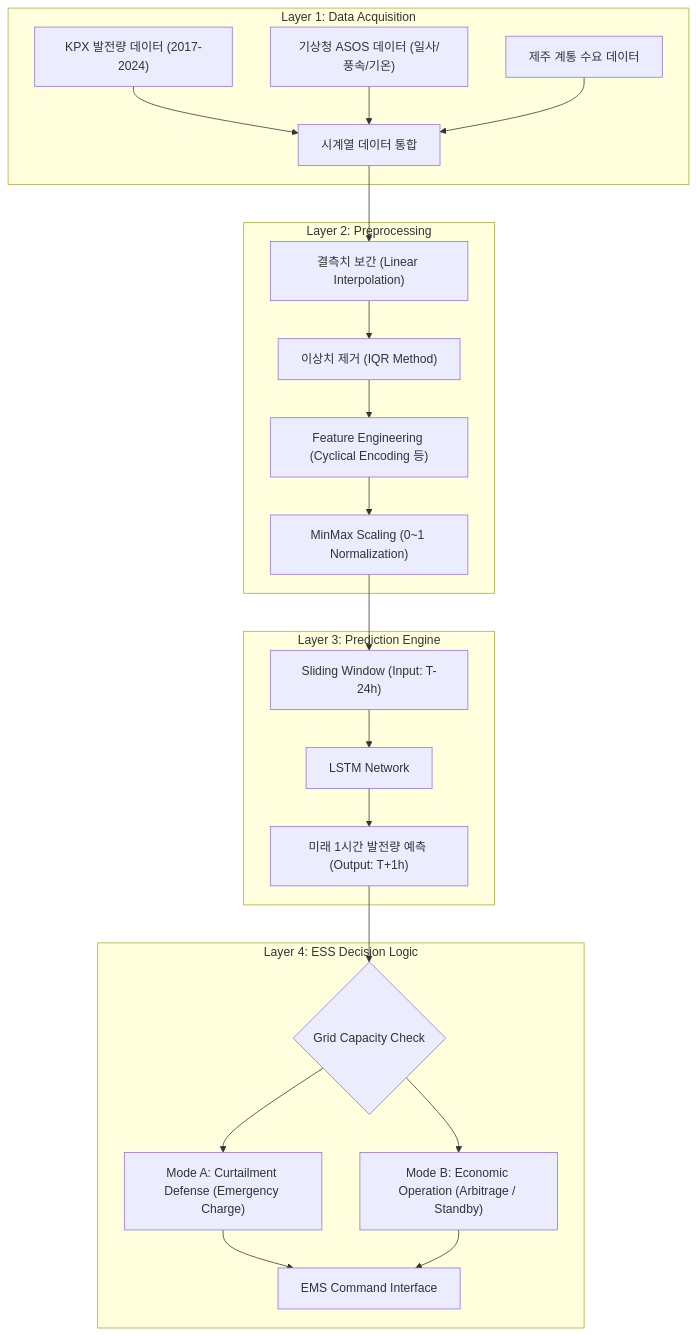
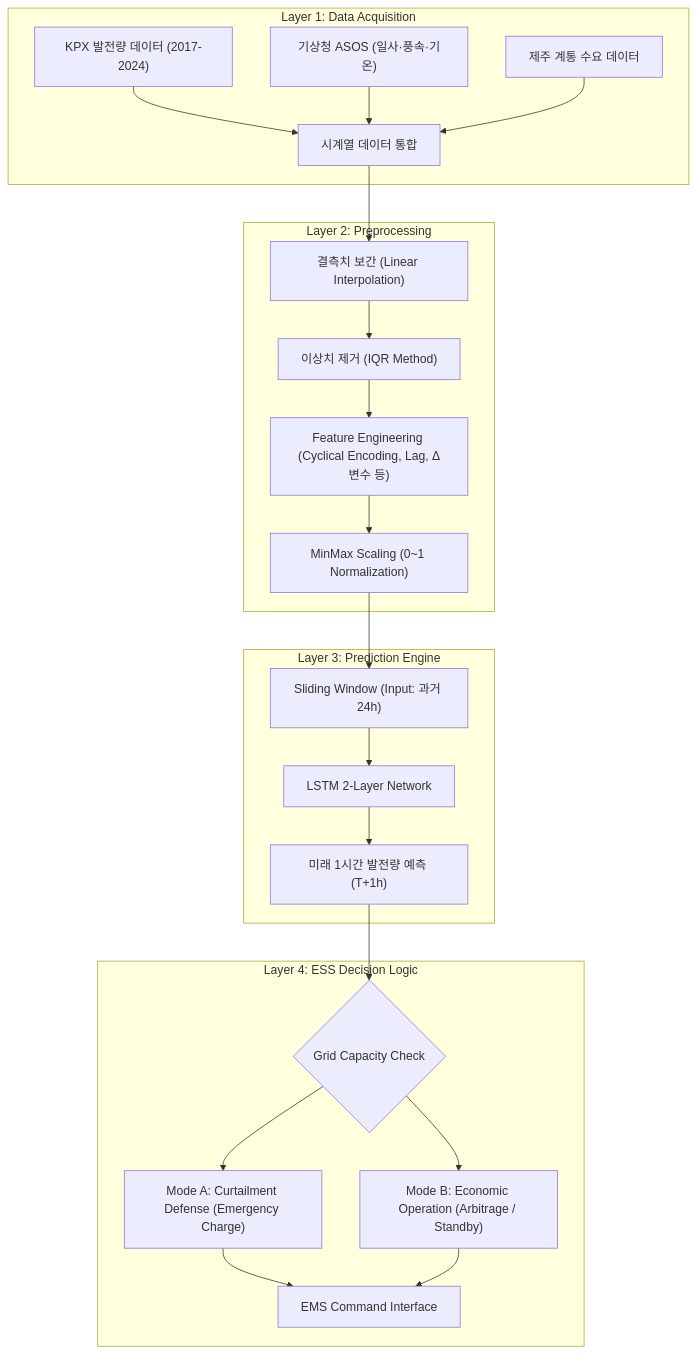
Before and after one commit to yousoo0920/ess-vpp-project: the first of 2 diagrams in README.md, drawn with Mermaid. The commit also changed other lines of this file, not shown here.

````diff
--- a/README.md
+++ b/README.md
@@ -31,29 +38,29 @@
 ```mermaid
 graph TD
     subgraph Raw_Data_Layer ["Layer 1: Data Acquisition"]
         A["KPX 발전량 데이터 (2017-2024)"] --> D_Integrate
-        B["기상청 ASOS 데이터 (일사/풍속/기온)"] --> D_Integrate
+        B["기상청 ASOS (일사·풍속·기온)"] --> D_Integrate
         C["제주 계통 수요 데이터"] --> D_Integrate
     end
 
     subgraph Preprocessing_Layer ["Layer 2: Preprocessing"]
         D_Integrate["시계열 데이터 통합"] --> E["결측치 보간 (Linear Interpolation)"]
         E --> F["이상치 제거 (IQR Method)"]
-        F --> G["Feature Engineering (Cyclical Encoding 등)"]
+        F --> G["Feature Engineering (Cyclical Encoding, Lag, Δ변수 등)"]
         G --> H["MinMax Scaling (0~1 Normalization)"]
     end
 
     subgraph AI_Core_Layer ["Layer 3: Prediction Engine"]
-        H --> I["Sliding Window (Input: T-24h)"]
-        I --> J["LSTM Network"]
-        J --> K["미래 1시간 발전량 예측 (Output: T+1h)"]
+        H --> I["Sliding Window (Input: 과거 24h)"]
+        I --> J["LSTM 2-Layer Network"]
+        J --> K["미래 1시간 발전량 예측 (T+1h)"]
     end
 
     subgraph Control_Layer ["Layer 4: ESS Decision Logic"]
         K --> L{"Grid Capacity Check"}
         L --> M["Mode A: Curtailment Defense (Emergency Charge)"]
         L --> N["Mode B: Economic Operation (Arbitrage / Standby)"]
         M --> O["EMS Command Interface"]
         N --> O
     end
 ```
````
